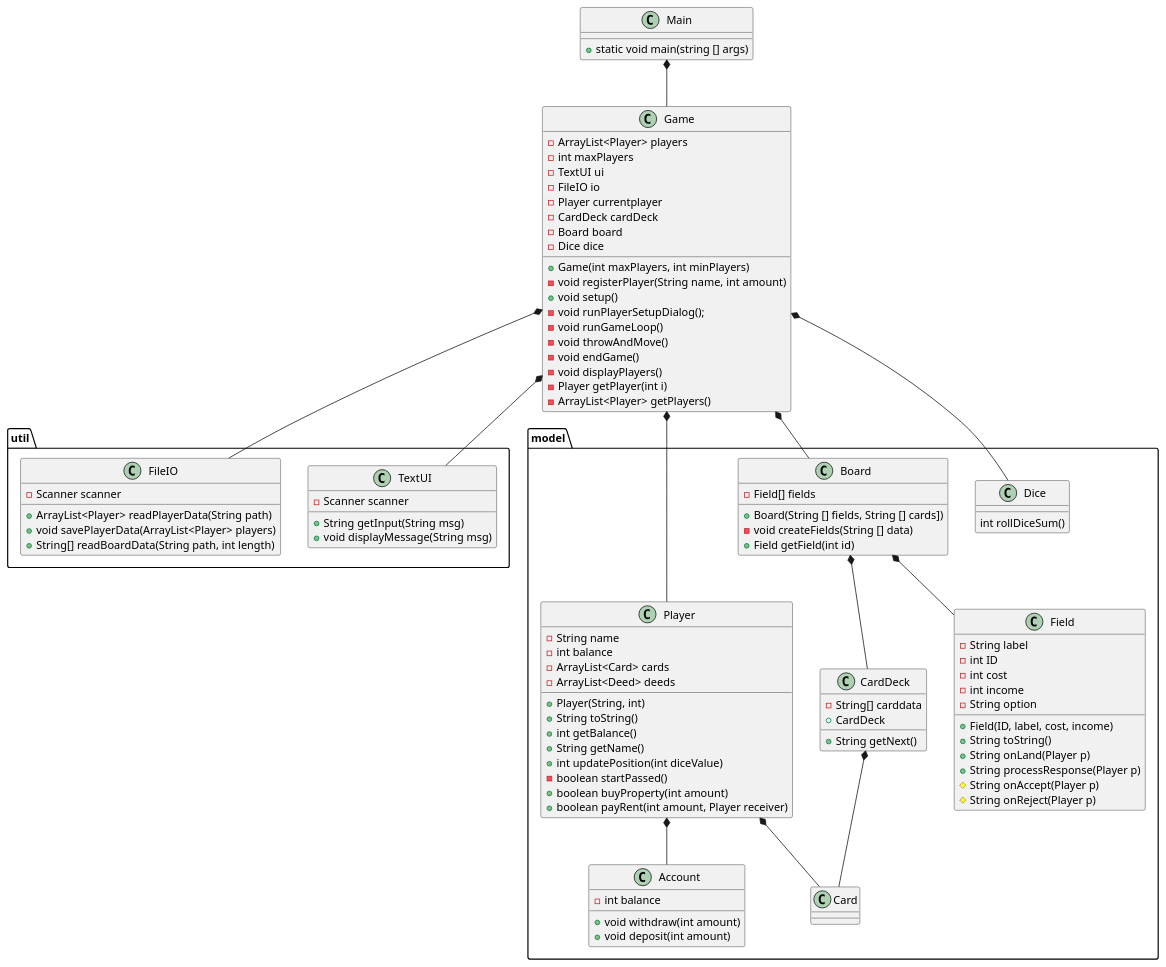
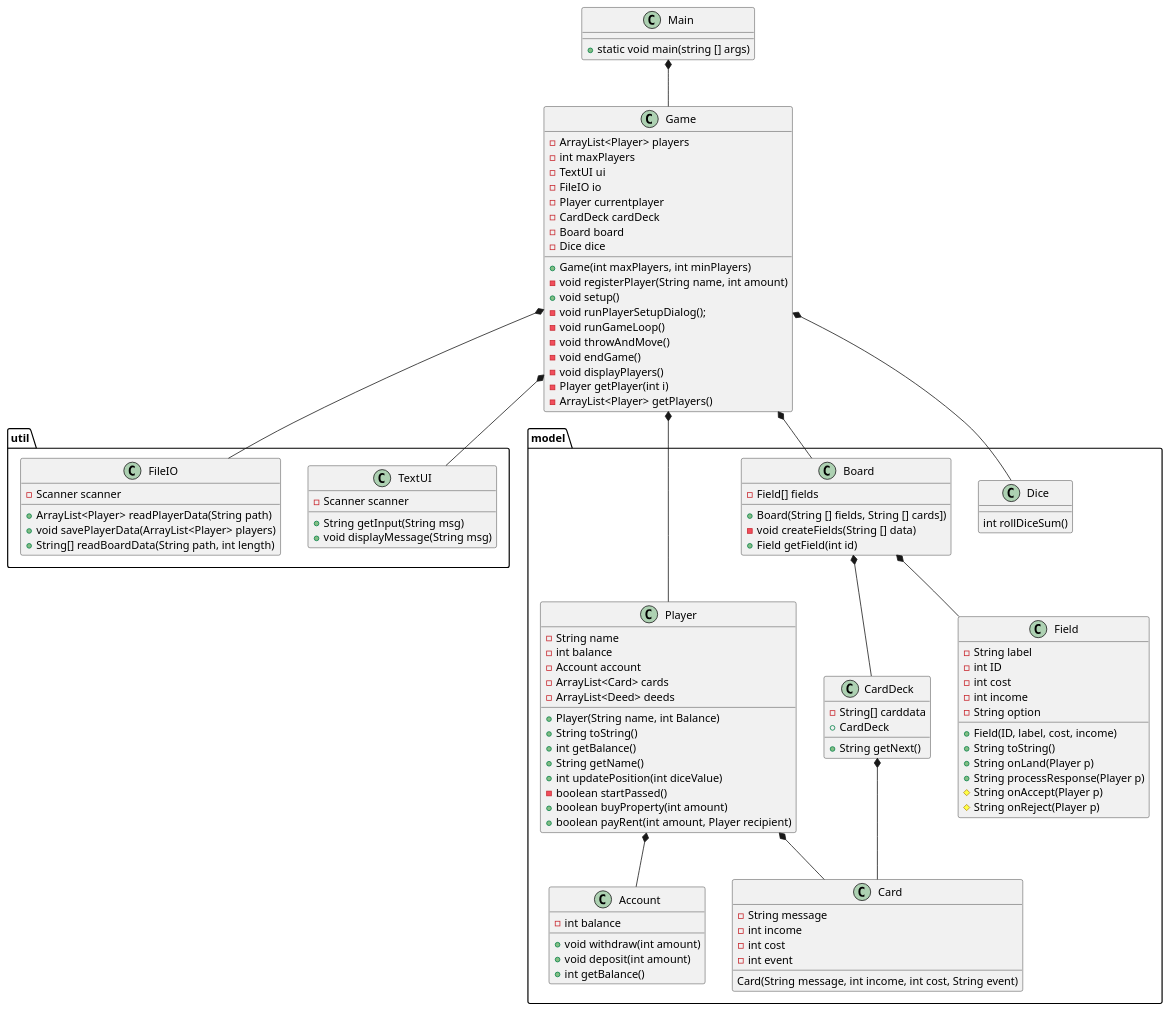
Before and after one commit to tessG/Monopoly24: the diagram in doc/classdiagram_4.puml, drawn with PlantUML.

Commit message:
card deck + fixes in Player class

```diff
--- a/doc/classdiagram_4.puml
+++ b/doc/classdiagram_4.puml
@@ -1,108 +1,118 @@
 @startuml
 'Domænemodellen giver nye entity klasser
 'Pakker, model og util
 
 
 class Main
 class Game
 package "util"{
     class TextUI
     class FileIO
 }
 
 package "model"{
     class Player
     class Field
       class Dice
       class Account
       class CardDeck
        class Card
       class Board
 }
 
 Main *-- Game
 Game *-- TextUI
 Game *-- FileIO
 Game *-- Player
 Player *-- Account
 Player *-- Card
 Game *--Board
 Game *-- Dice
 Board *-- Field
 Board *-- CardDeck
 CardDeck *-- Card
 
 
 Main : + static void main(string [] args)
 
 Player  : - String name
 Player  : - int balance
-Player  : + Player(String, int)
+'---_new-----
+Player : - Account account
+Player : - ArrayList<Card> cards
+Player : - ArrayList<Deed> deeds
+'-----------
+Player  : + Player(String name, int Balance)
 Player  : + String toString()
 Player  : + int getBalance()
 Player : + String getName()
-'-----------new:
+'----new-----
 Player  : +int updatePosition(int diceValue)
 Player : -boolean startPassed()
 Player : + boolean buyProperty(int amount)
-Player : + boolean payRent(int amount, Player receiver)
-Player : - ArrayList<Card> cards
-Player : - ArrayList<Deed> deeds
+Player : + boolean payRent(int amount, Player recipient)
+'-----------
 Account :  - int balance
 Account  : + void withdraw(int amount)
 Account  : + void deposit(int amount)
-
+Account  : + int getBalance()
 
 Game : - ArrayList<Player> players
 Game : - int maxPlayers
 Game : - TextUI ui
 Game : - FileIO io
 Game : - Player currentplayer
 Game : - CardDeck cardDeck
 Game : - Board board
 Game : - Dice dice
 Game : + Game(int maxPlayers, int minPlayers)
 Game : - void registerPlayer(String name, int amount)
 Game : + void setup()
 Game : - void runPlayerSetupDialog();
 Game : - void runGameLoop()
 Game : - void throwAndMove()
 Game : - void endGame()
 Game : - void displayPlayers()
 Game : - Player getPlayer(int i)
 Game : - ArrayList<Player> getPlayers()
 
 TextUI : + String getInput(String msg)
 TextUI : - Scanner scanner
 TextUI : + void displayMessage(String msg)
 
 
 FileIO : - Scanner scanner
 FileIO : + ArrayList<Player> readPlayerData(String path)
 FileIO : + void savePlayerData(ArrayList<Player> players)
 FileIO : + String[] readBoardData(String path, int length)
 
 Field : - String label
 Field : - int ID
 Field : - int cost
 Field : - int income
 Field : - String option
 Field : + Field(ID, label, cost, income)
 Field : + String toString()
 Field : + String onLand(Player p)
 Field : + String processResponse(Player p)
 Field : # String onAccept(Player p)
 Field : # String onReject(Player p)
 
 
 Board : - Field[] fields
 Board : + Board(String [] fields, String [] cards])
 Board : - void createFields(String [] data)
 Board : + Field getField(int id)
 
 CardDeck : - String[] carddata
 CardDeck : + CardDeck
 CardDeck : + String getNext()
 
+Card : -String message
+Card : -int income
+Card : -int cost
+Card : -int event
+Card : Card(String message, int income, int cost, String event)
+
 Dice : int rollDiceSum()
 @enduml
```
